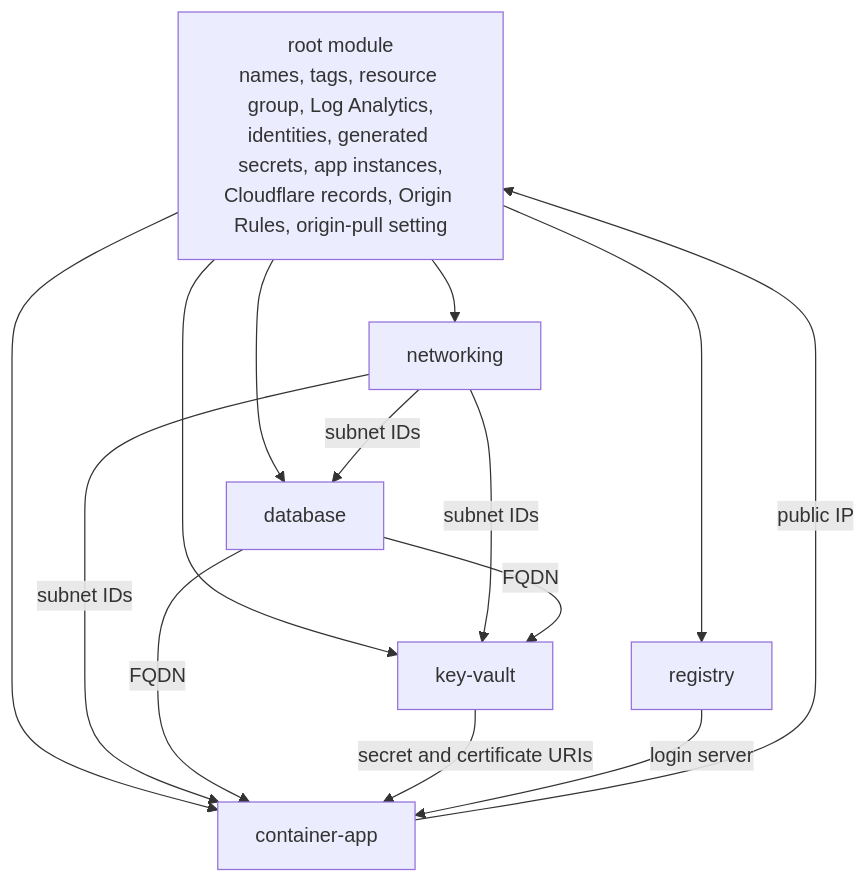
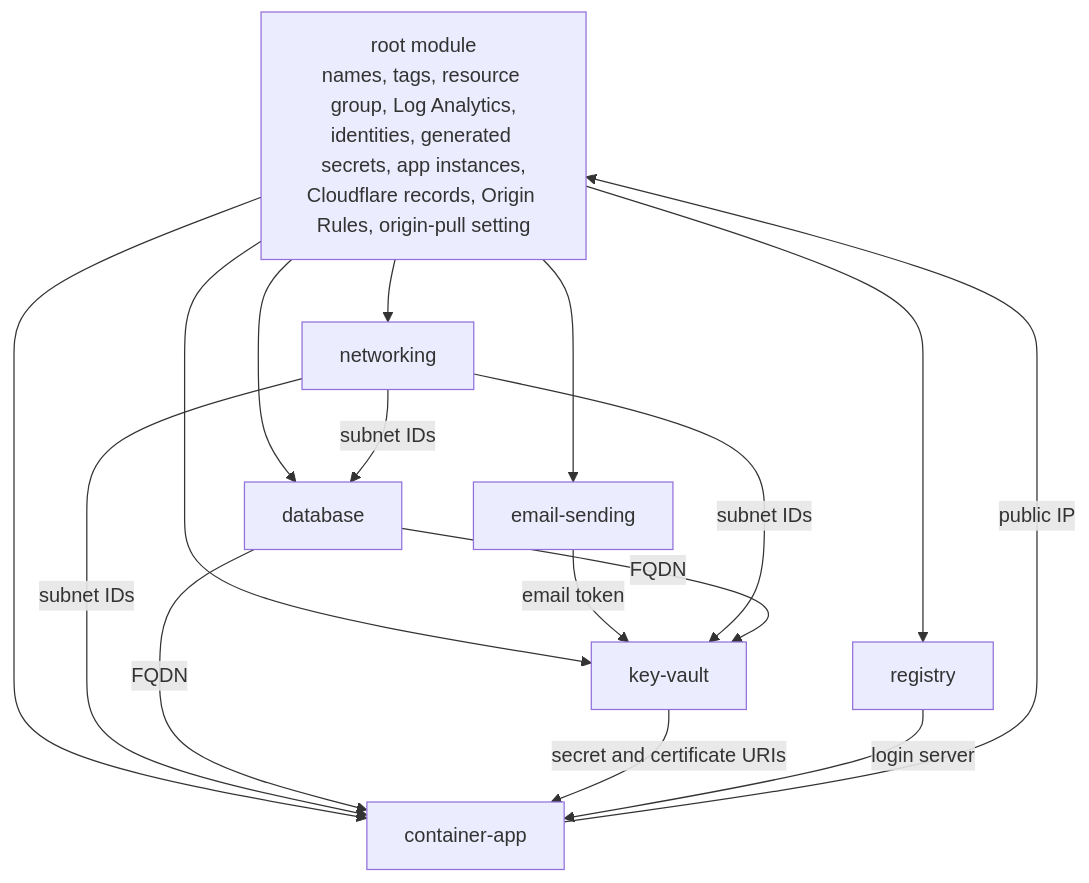
Before and after one commit to biffkittz/login-app: the second of 2 diagrams in infra/docs/ARCHITECTURE.md, drawn with Mermaid. The commit also changed other lines of this file and 83 other files, not shown here.

````diff
--- a/infra/docs/ARCHITECTURE.md
+++ b/infra/docs/ARCHITECTURE.md
@@ -197,16 +204,18 @@
 ```mermaid
 flowchart TD
   root["root module<br/>names, tags, resource group, Log Analytics,<br/>identities, generated secrets, app instances,<br/>Cloudflare records, Origin Rules, origin-pull setting"]
   net[networking]
   reg[registry]
   db[database]
   kvm[key-vault]
   aca[container-app]
-  root --> net & reg & db & kvm & aca
+  mail[email-sending]
+  root --> net & reg & db & kvm & aca & mail
+  mail -->|email token| kvm
   net -->|subnet IDs| db & aca & kvm
   db -->|FQDN| kvm
   db -->|FQDN| aca
   kvm -->|secret and certificate URIs| aca
   reg -->|login server| aca
   aca -->|public IP| root
 ```
````
